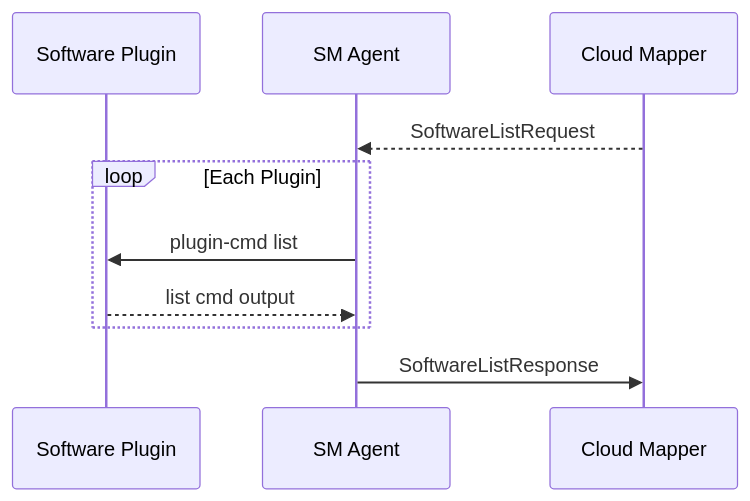
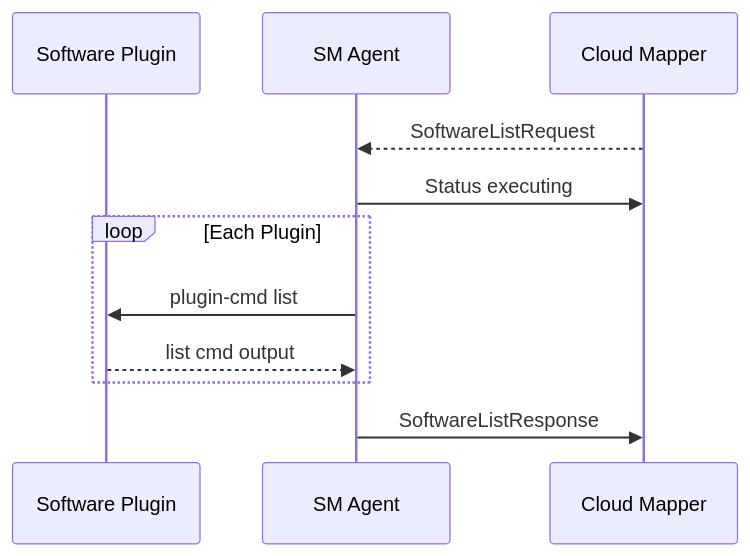
One commit to thin-edge/thin-edge.io-specs changed the second of 3 diagrams in src/software-management/sm-agent.md. Above: the diagram before and after it, drawn with Mermaid. The commit also changed other lines of this file, not shown here.

Commit message:
Add executing for software list response spec

````diff
--- a/src/software-management/sm-agent.md
+++ b/src/software-management/sm-agent.md
@@ -53,12 +53,13 @@
 ```mermaid
 sequenceDiagram
     participant Software Plugin
     participant SM Agent
     participant Cloud Mapper
     Cloud Mapper-->>SM Agent: SoftwareListRequest
+    SM Agent ->> Cloud Mapper: Status executing
     loop Each Plugin
         SM Agent->>Software Plugin: plugin-cmd list
         Software Plugin-->>SM Agent: list cmd output
     end
     SM Agent->>Cloud Mapper: SoftwareListResponse
 ```
````
